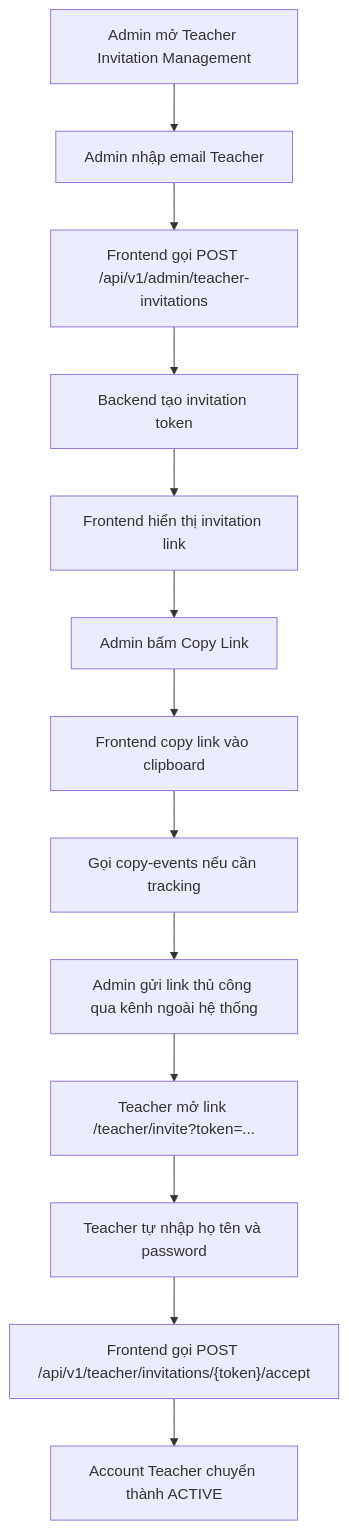
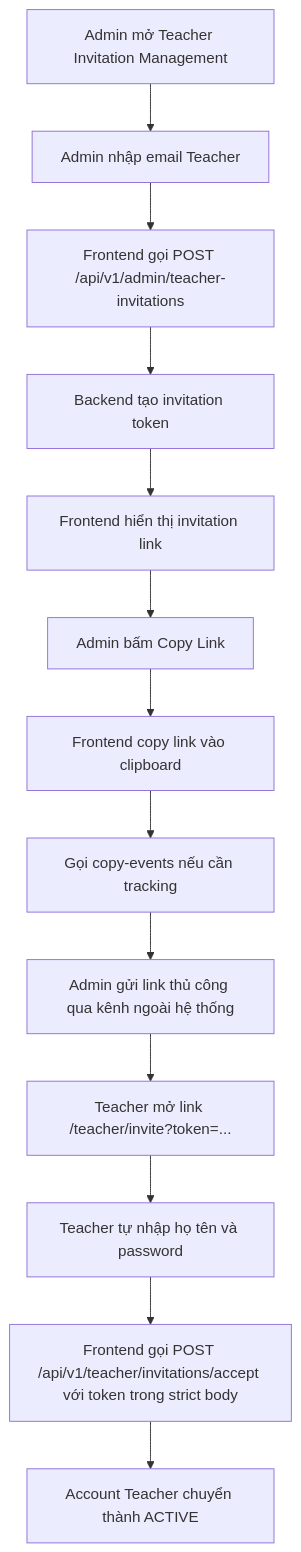
The third of 11 diagrams in business-analysis/12-ui-ux-requirements/user-flow-map.md (toanteng11/Microlearning-RestFullAPI-FullStack-App), drawn with Mermaid before and after one commit. The commit also changed other lines of this file and 92 other files, not shown here.

````diff
--- a/business-analysis/12-ui-ux-requirements/user-flow-map.md
+++ b/business-analysis/12-ui-ux-requirements/user-flow-map.md
@@ -58,15 +58,15 @@
 ```mermaid
 flowchart TD
     A["Admin mở Teacher Invitation Management"] --> B["Admin nhập email Teacher"]
     B --> C["Frontend gọi POST /api/v1/admin/teacher-invitations"]
     C --> D["Backend tạo invitation token"]
     D --> E["Frontend hiển thị invitation link"]
     E --> F["Admin bấm Copy Link"]
     F --> G["Frontend copy link vào clipboard"]
     G --> H["Gọi copy-events nếu cần tracking"]
     H --> I["Admin gửi link thủ công qua kênh ngoài hệ thống"]
     I --> J["Teacher mở link /teacher/invite?token=..."]
     J --> K["Teacher tự nhập họ tên và password"]
-    K --> L["Frontend gọi POST /api/v1/teacher/invitations/{token}/accept"]
+    K --> L["Frontend gọi POST /api/v1/teacher/invitations/accept với token trong strict body"]
     L --> M["Account Teacher chuyển thành ACTIVE"]
 ```
````
